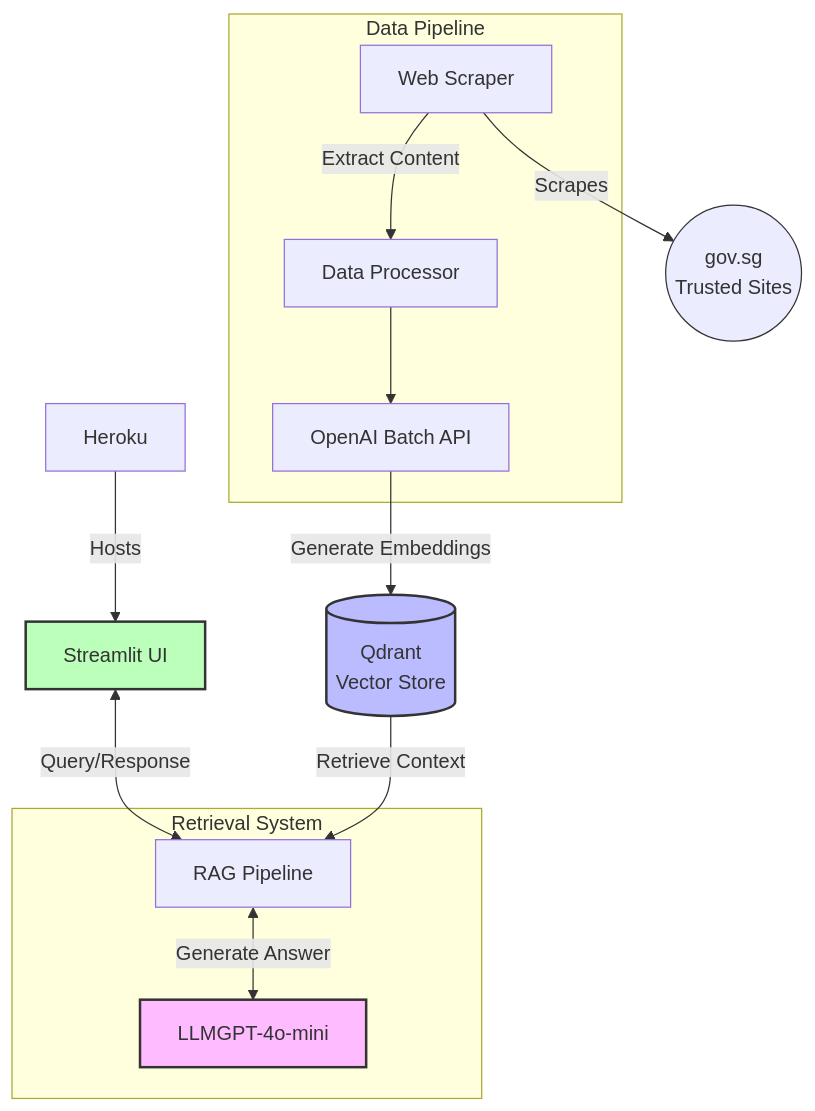
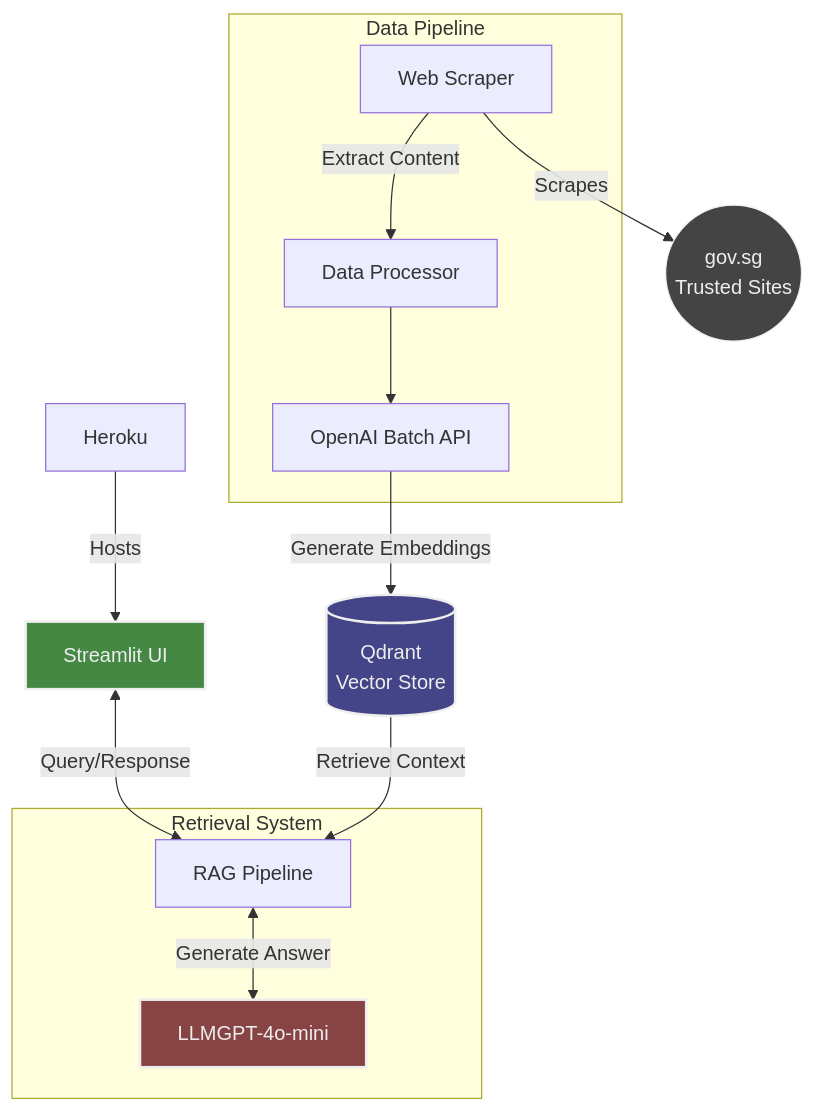
One commit to shafiqninaba/gov-seek changed the diagram in README.md. Above: the diagram before and after it, drawn with Mermaid.

Commit message:
docs: Update README flowchart styles for improved dark mode visibility and clarity

````diff
--- a/README.md
+++ b/README.md
@@ -74,27 +74,25 @@
 ```mermaid
 flowchart TD
     subgraph "Data Pipeline"
         A[Web Scraper] -->|Extract Content| B[Data Processor]
         B -->C1[OpenAI Batch API]
     end
-
-
 
     C1 -->|Generate Embeddings| C[(Qdrant<br>Vector Store)]
 
     D[Streamlit UI] <-->|Query/Response| E[RAG Pipeline]
 
     C -->|Retrieve Context| E
     subgraph "Retrieval System"
 
         E <-->|Generate Answer| F[LLMGPT-4o-mini]
     end
 
     A --> |Scrapes| G((gov.sg<br>Trusted Sites))
     H[Heroku] -->|Hosts| D
 
-    style G fill:#lightgrey,stroke:#333,stroke-width:1px
-    style C fill:#bbf,stroke:#333,stroke-width:2px
-    style F fill:#fbf,stroke:#333,stroke-width:2px
-    style D fill:#bfb,stroke:#333,stroke-width:2px
+    style G fill:#444,stroke:#eee,stroke-width:1px,color:#eee
+    style C fill:#448,stroke:#eee,stroke-width:2px,color:#eee
+    style F fill:#844,stroke:#eee,stroke-width:2px,color:#eee
+    style D fill:#484,stroke:#eee,stroke-width:2px,color:#eee
 ```
````
